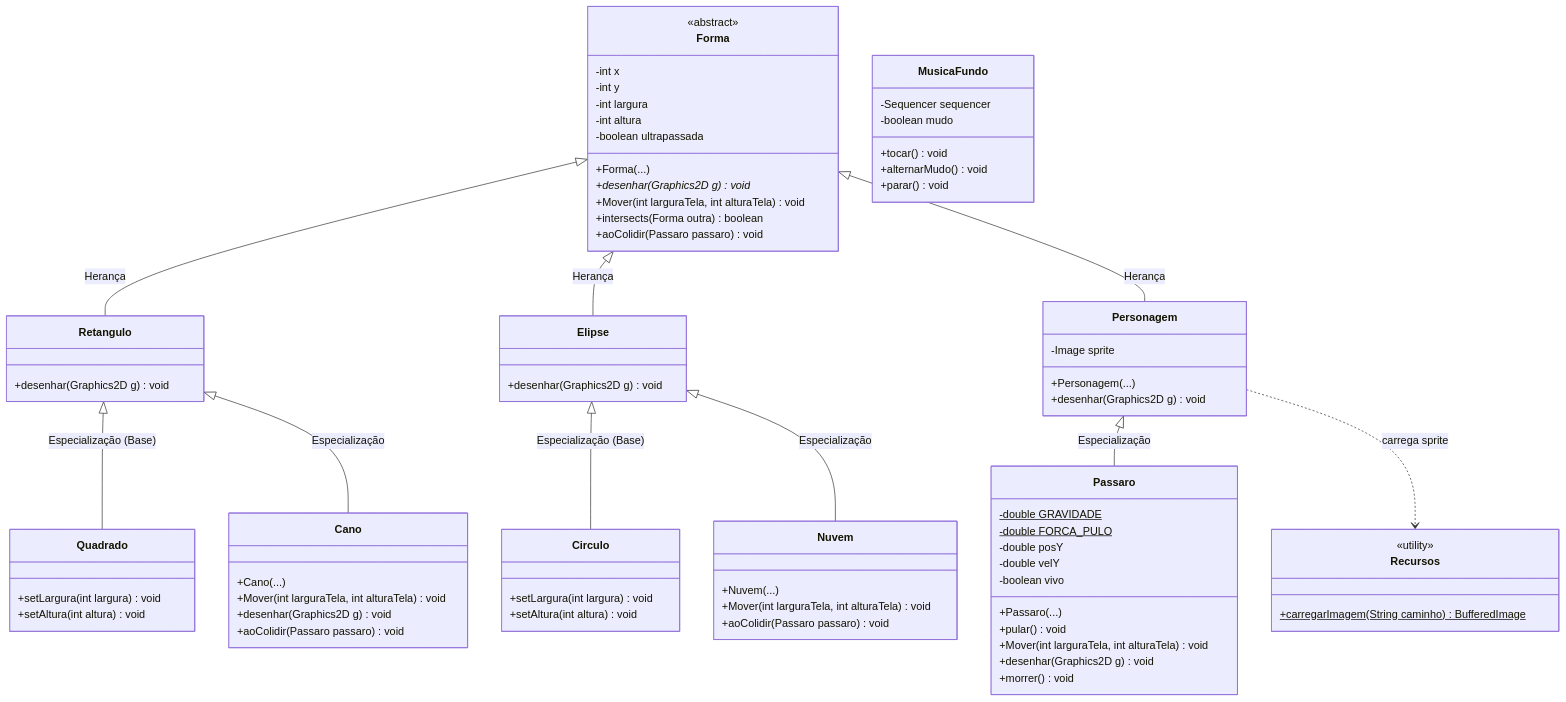
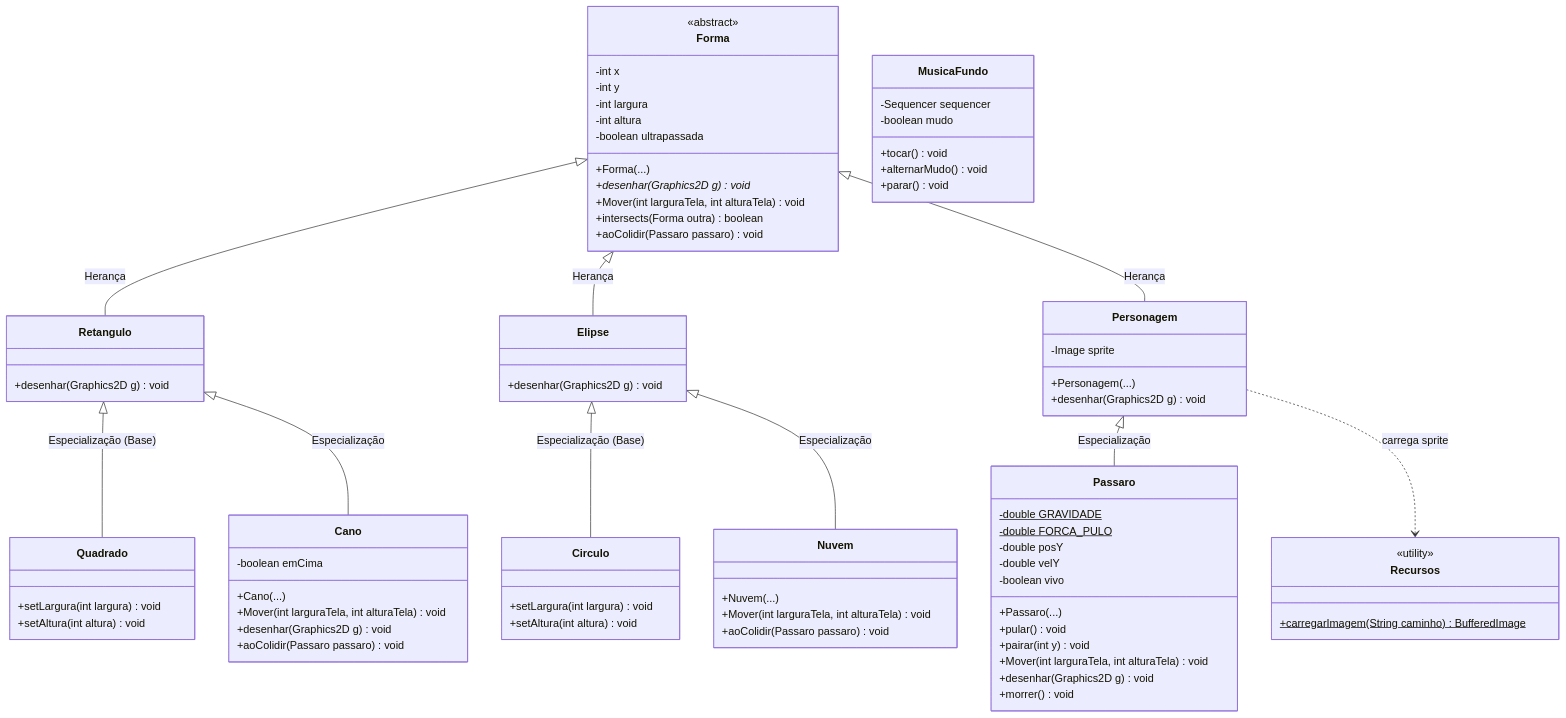
Before and after one commit to dannnpereira/Jogo_ScreenSaver: the diagram in README.md, drawn with Mermaid. The commit also changed other lines of this file and 12 other files, not shown here.

```diff
--- a/README.md
+++ b/README.md
@@ -62,6 +63,7 @@
     }
 
     class Cano {
+        -boolean emCima
         +Cano(...)
         +Mover(int larguraTela, int alturaTela) void
         +desenhar(Graphics2D g) void
@@ -97,6 +99,7 @@
         -boolean vivo
         +Passaro(...)
         +pular() void
+        +pairar(int y) void
         +Mover(int larguraTela, int alturaTela) void
         +desenhar(Graphics2D g) void
         +morrer() void
```
